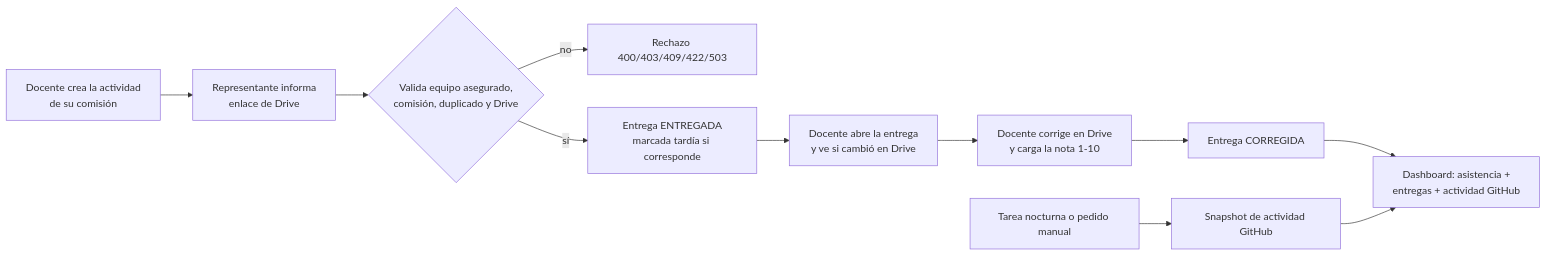
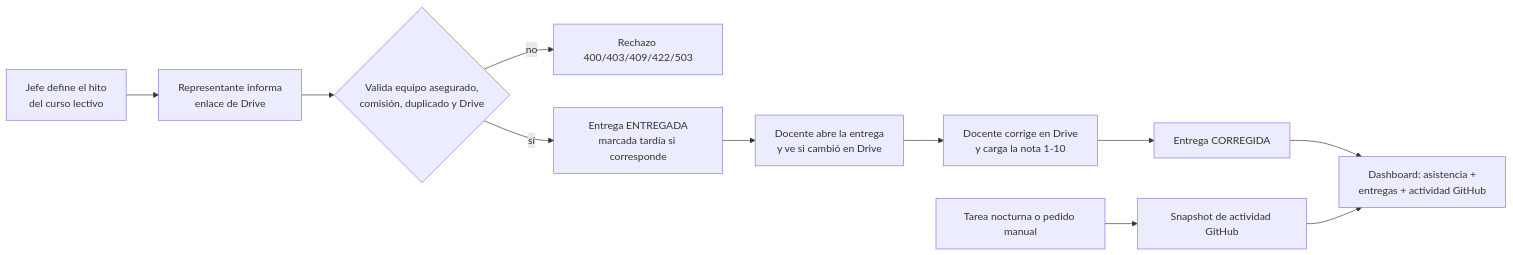
One commit to nicovillacorta12/atenas changed the diagram in docs/01-vision-y-alcance.md. Above: the diagram before and after it, drawn with Mermaid. The commit also changed other lines of this file and 18 other files, not shown here.

````diff
--- a/docs/01-vision-y-alcance.md
+++ b/docs/01-vision-y-alcance.md
@@ -38,13 +39,13 @@
 ```mermaid
 flowchart LR
-    A[Docente crea la actividad<br/>de su comisión] --> B[Representante informa<br/>enlace de Drive]
+    A[Jefe define el hito<br/>del curso lectivo] --> B[Representante informa<br/>enlace de Drive]
     B --> C{Valida equipo asegurado,<br/>comisión, duplicado y Drive}
     C -- no --> X[Rechazo 400/403/409/422/503]
     C -- sí --> D[Entrega ENTREGADA<br/>marcada tardía si corresponde]
     D --> E[Docente abre la entrega<br/>y ve si cambió en Drive]
     E --> F[Docente corrige en Drive<br/>y carga la nota 1-10]
     F --> G[Entrega CORREGIDA]
     G --> H[Dashboard: asistencia +<br/>entregas + actividad GitHub]
     N[Tarea nocturna o pedido manual] --> S[Snapshot de actividad GitHub]
     S --> H
 ```
````
